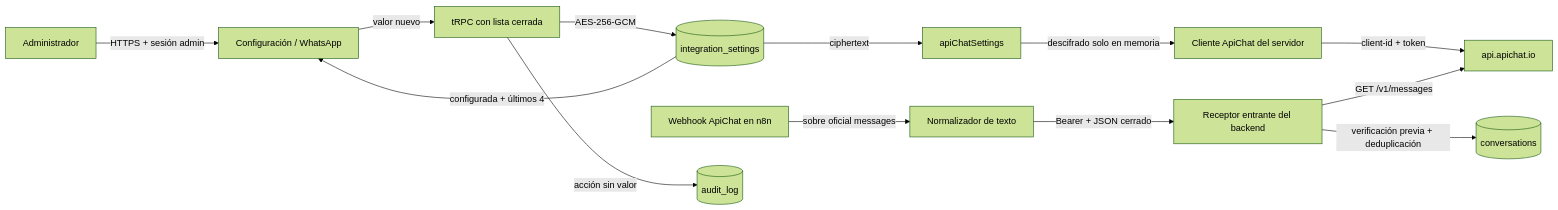
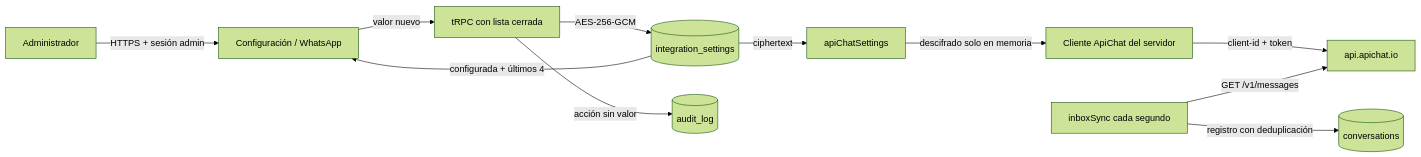
The diagram in docs/MAPA_VARIABLES_INTEGRACION.md (langgraph-aisa/reclutamiento-aisa-agent), drawn with Mermaid (forest theme) before and after one commit. The commit also changed other lines of this file and 29 other files, not shown here.

Commit message:
refactor: eliminar n8n por completo y operar solo con ApiChat directo JARVI RH 2.0.133

````diff
--- a/docs/MAPA_VARIABLES_INTEGRACION.md
+++ b/docs/MAPA_VARIABLES_INTEGRACION.md
@@ -36,15 +33,13 @@
 ```mermaid
 flowchart LR
   A[Administrador] -->|HTTPS + sesión admin| U[Configuración / WhatsApp]
   U -->|valor nuevo| T[tRPC con lista cerrada]
   T -->|AES-256-GCM| P[(integration_settings)]
   P -->|ciphertext| R[apiChatSettings]
   R -->|descifrado solo en memoria| C[Cliente ApiChat del servidor]
   C -->|client-id + token| X[api.apichat.io]
-  W[Webhook ApiChat en n8n] -->|sobre oficial messages| N[Normalizador de texto]
-  N -->|Bearer + JSON cerrado| B[Receptor entrante del backend]
-  B -->|GET /v1/messages| X
-  B -->|verificación previa + deduplicación| D[(conversations)]
+  S[inboxSync cada segundo] -->|GET /v1/messages| X
+  S -->|registro con deduplicación| D[(conversations)]
   T -->|acción sin valor| L[(audit_log)]
   P -->|configurada + últimos 4| U
 ```
````
